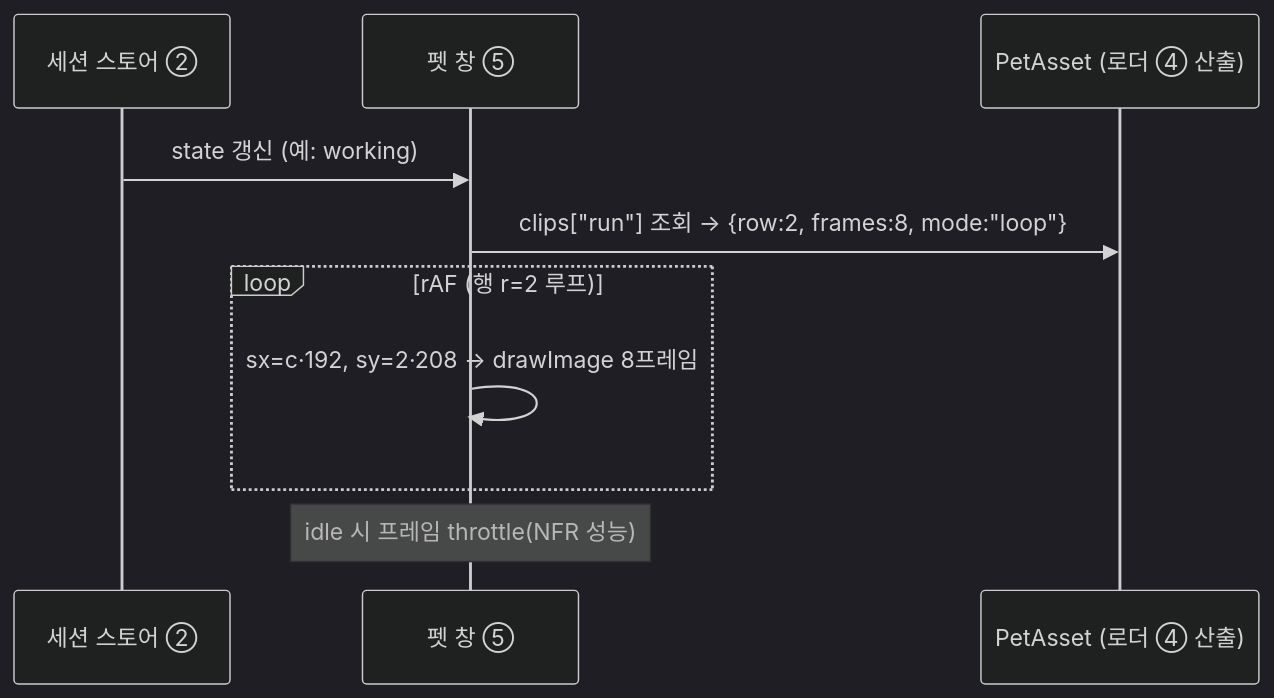
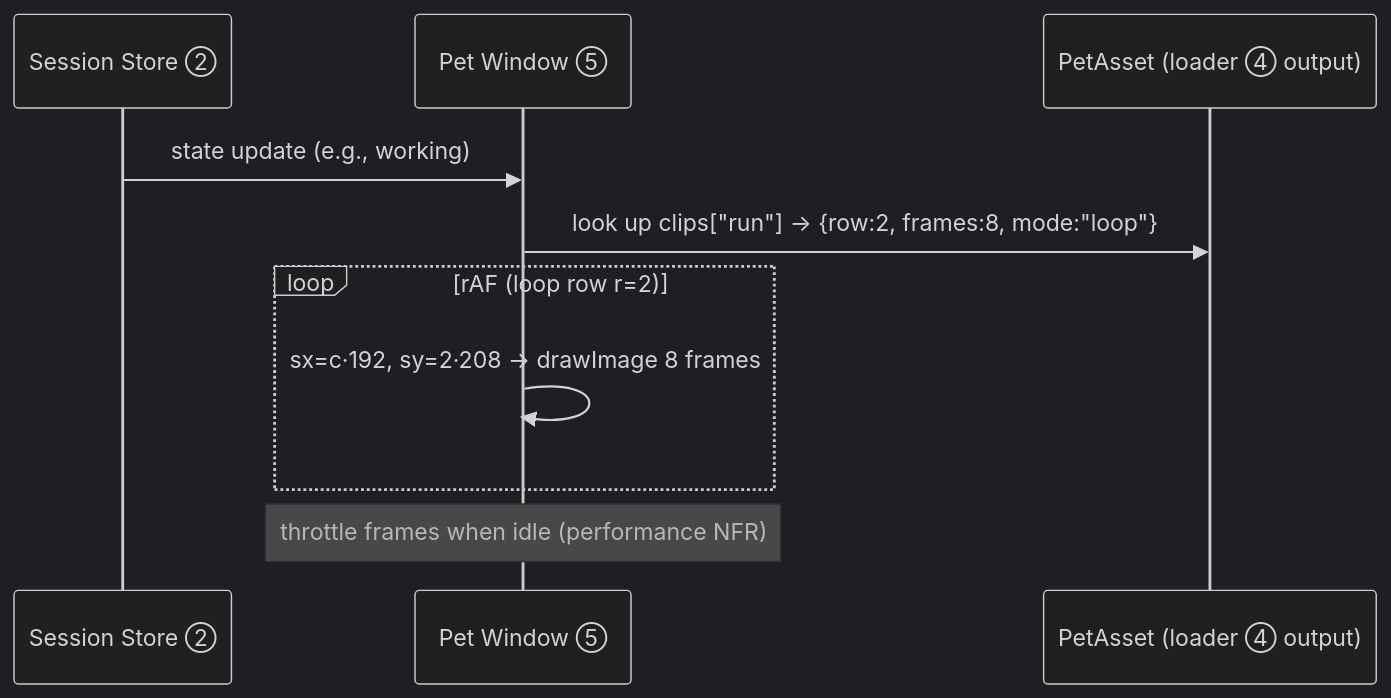
Before and after one commit to amsminn/Claude-Pet: the second of 2 diagrams in docs/02-asset-compat/codex-pet-assets.md, drawn with Mermaid (dark theme). The commit also changed other lines of this file and 48 other files, not shown here.

````diff
--- a/docs/02-asset-compat/codex-pet-assets.md
+++ b/docs/02-asset-compat/codex-pet-assets.md
@@ -315,13 +313,13 @@
 ```mermaid
 sequenceDiagram
-    participant Store as 세션 스토어 ②
-    participant Win as 펫 창 ⑤
-    participant Asset as PetAsset (로더 ④ 산출)
+    participant Store as Session Store ②
+    participant Win as Pet Window ⑤
+    participant Asset as PetAsset (loader ④ output)
 
-    Store->>Win: state 갱신 (예: working)
-    Win->>Asset: clips["run"] 조회 → {row:2, frames:8, mode:"loop"}
-    loop rAF (행 r=2 루프)
-        Win->>Win: sx=c·192, sy=2·208 → drawImage 8프레임
+    Store->>Win: state update (e.g., working)
+    Win->>Asset: look up clips["run"] → {row:2, frames:8, mode:"loop"}
+    loop rAF (loop row r=2)
+        Win->>Win: sx=c·192, sy=2·208 → drawImage 8 frames
     end
-    Note over Win: idle 시 프레임 throttle(NFR 성능)
+    Note over Win: throttle frames when idle (performance NFR)
 ```
````
